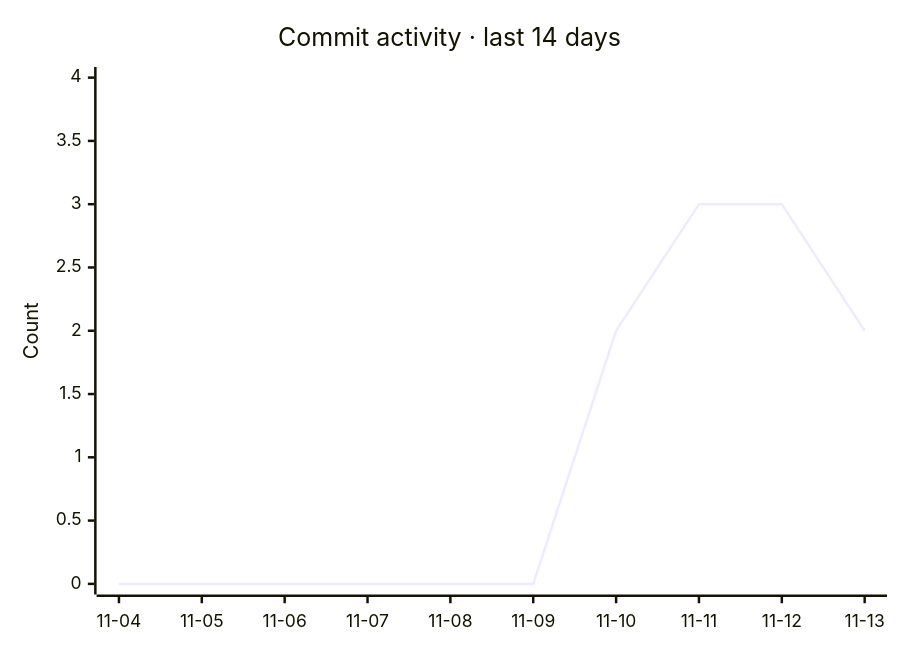
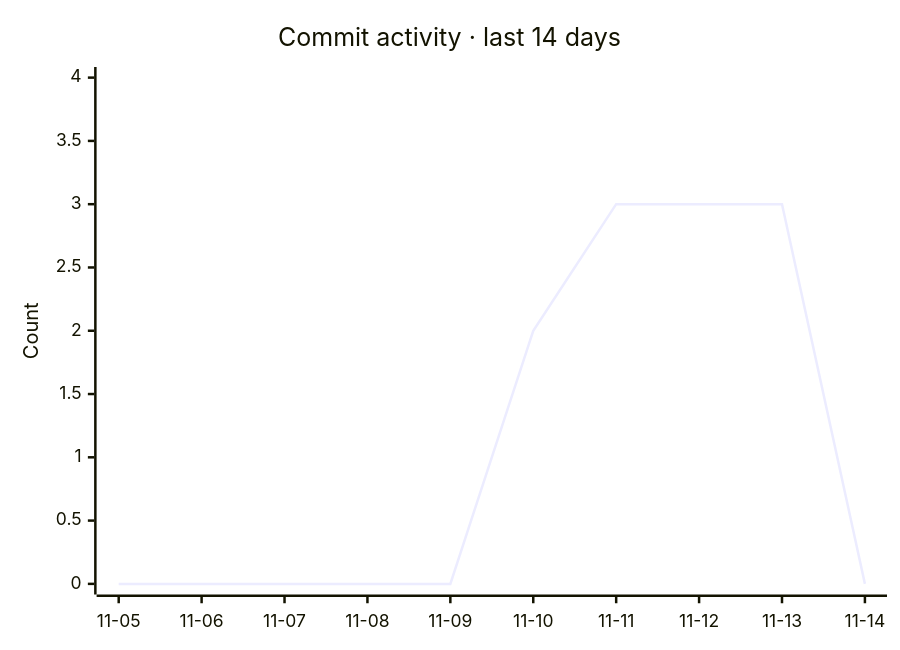
The second of 2 diagrams in README.md (razzaqinspires/whiskay-bot), drawn with Mermaid before and after one commit. The commit also changed other lines of this file and 2 other files, not shown here.

Commit message:
chore(metrics): refresh GitHub traffic and update timestamp [skip ci]

````diff
--- a/README.md
+++ b/README.md
@@ -329,7 +329,7 @@
 ```mermaid
 xychart-beta
     title "Commit activity · last 14 days"
-    x-axis ["11-04", "11-05", "11-06", "11-07", "11-08", "11-09", "11-10", "11-11", "11-12", "11-13"]
+    x-axis ["11-05", "11-06", "11-07", "11-08", "11-09", "11-10", "11-11", "11-12", "11-13", "11-14"]
     y-axis "Count" 0 --> 4
-    line [0, 0, 0, 0, 0, 0, 2, 3, 3, 2]
+    line [0, 0, 0, 0, 0, 2, 3, 3, 3, 0]
 ```
````
